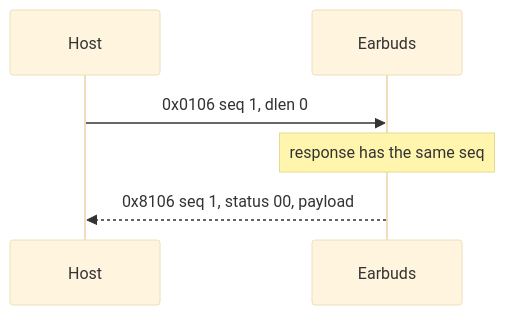
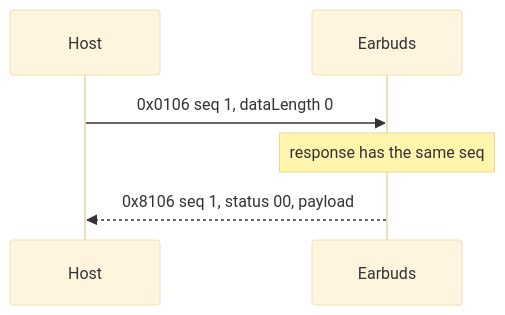
One commit to scmanjarrez/realme-buds-wireless-5-anc-app changed the first of 6 diagrams in docs/PROTOCOL.md. Above: the diagram before and after it, drawn with Mermaid (base theme). The commit also changed other lines of this file and 6 other files, not shown here.

````diff
--- a/docs/PROTOCOL.md
+++ b/docs/PROTOCOL.md
@@ -1899,8 +1894,8 @@
 ```mermaid
 sequenceDiagram
     participant Host
     participant Earbuds
-    Host->>Earbuds: 0x0106 seq 1, dlen 0
+    Host->>Earbuds: 0x0106 seq 1, dataLength 0
     Note over Earbuds: response has the same seq
     Earbuds-->>Host: 0x8106 seq 1, status 00, payload
 ```
````
